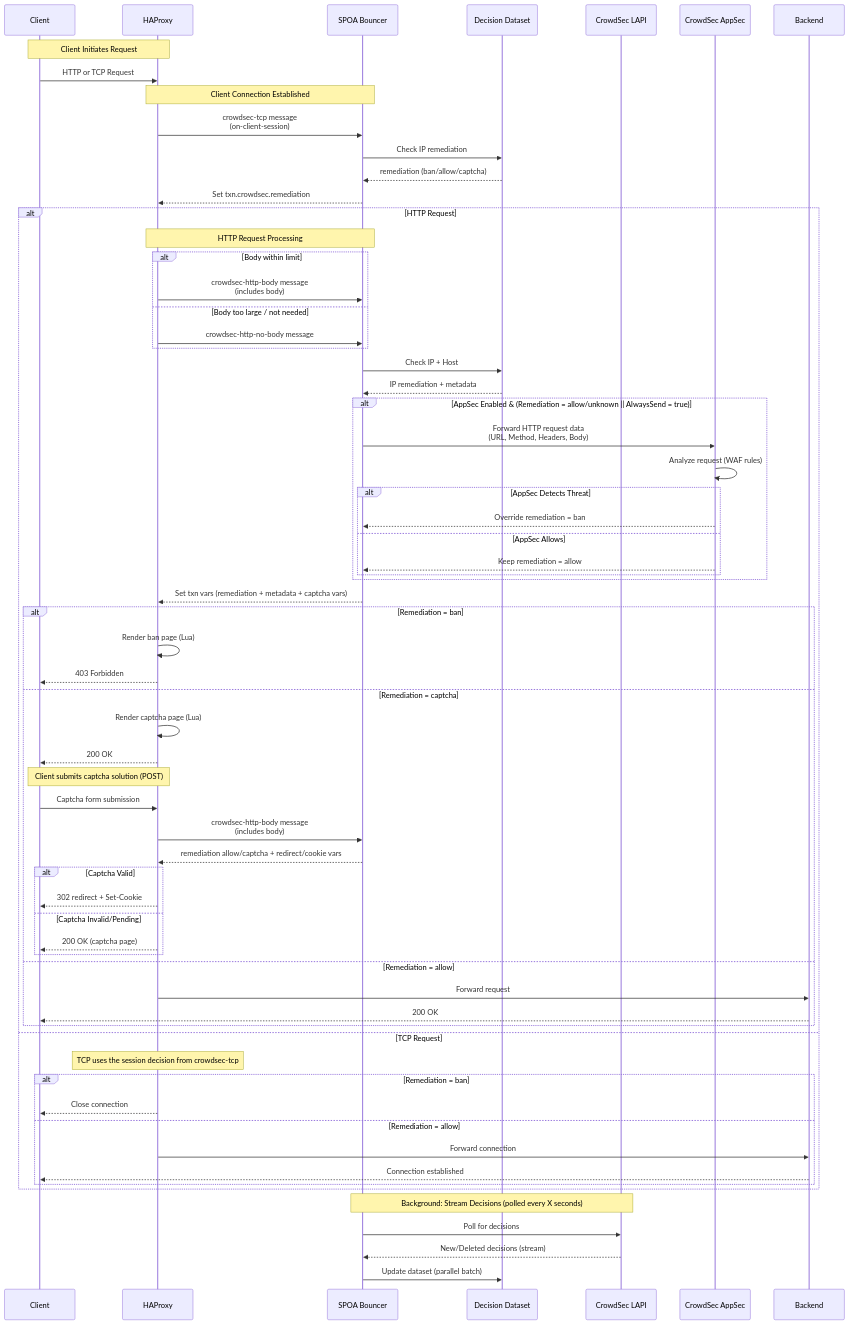
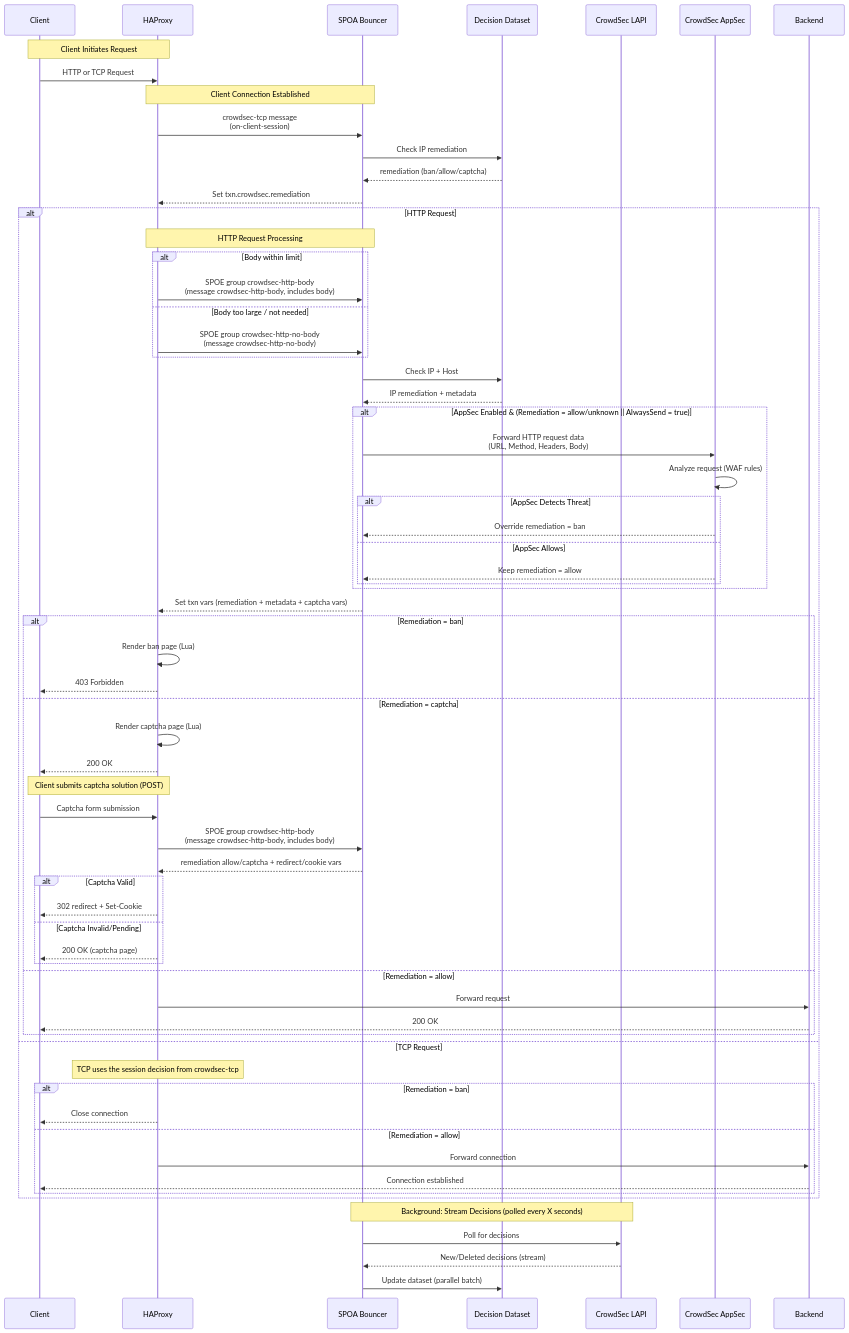
Before and after one commit to crowdsecurity/cs-haproxy-spoa-bouncer: the seventh of 7 diagrams in README.md, drawn with Mermaid. The commit also changed other lines of this file, not shown here.

Commit message:
docs: clarify SPOE groups in flow

````diff
--- a/README.md
+++ b/README.md
@@ -201,77 +202,77 @@
 ```mermaid
 sequenceDiagram
     participant Client
     participant HAProxy
     participant SPOA as SPOA Bouncer
     participant Dataset as Decision Dataset
     participant CrowdSec as CrowdSec LAPI
     participant AppSec as CrowdSec AppSec
     participant Backend
 
     Note over Client,HAProxy: Client Initiates Request
     Client->>HAProxy: HTTP or TCP Request
     
     Note over HAProxy,SPOA: Client Connection Established
     HAProxy->>SPOA: crowdsec-tcp message<br/>(on-client-session)
     SPOA->>Dataset: Check IP remediation
     Dataset-->>SPOA: remediation (ban/allow/captcha)
     SPOA-->>HAProxy: Set txn.crowdsec.remediation
     
     alt HTTP Request
         Note over HAProxy,SPOA: HTTP Request Processing
         alt Body within limit
-            HAProxy->>SPOA: crowdsec-http-body message<br/>(includes body)
+            HAProxy->>SPOA: SPOE group crowdsec-http-body<br/>(message crowdsec-http-body, includes body)
         else Body too large / not needed
-            HAProxy->>SPOA: crowdsec-http-no-body message
+            HAProxy->>SPOA: SPOE group crowdsec-http-no-body<br/>(message crowdsec-http-no-body)
         end
         SPOA->>Dataset: Check IP + Host
         Dataset-->>SPOA: IP remediation + metadata
         
         alt AppSec Enabled & (Remediation = allow/unknown || AlwaysSend = true)
             SPOA->>AppSec: Forward HTTP request data<br/>(URL, Method, Headers, Body)
             AppSec->>AppSec: Analyze request (WAF rules)
             alt AppSec Detects Threat
                 AppSec-->>SPOA: Override remediation = ban
             else AppSec Allows
                 AppSec-->>SPOA: Keep remediation = allow
             end
         end
         
         SPOA-->>HAProxy: Set txn vars (remediation + metadata + captcha vars)
         
         alt Remediation = ban
             HAProxy->>HAProxy: Render ban page (Lua)
             HAProxy-->>Client: 403 Forbidden
         else Remediation = captcha
             HAProxy->>HAProxy: Render captcha page (Lua)
             HAProxy-->>Client: 200 OK
 
             Note over Client,HAProxy: Client submits captcha solution (POST)
             Client->>HAProxy: Captcha form submission
-            HAProxy->>SPOA: crowdsec-http-body message<br/>(includes body)
+            HAProxy->>SPOA: SPOE group crowdsec-http-body<br/>(message crowdsec-http-body, includes body)
             SPOA-->>HAProxy: remediation allow/captcha + redirect/cookie vars
 
             alt Captcha Valid
                 HAProxy-->>Client: 302 redirect + Set-Cookie
             else Captcha Invalid/Pending
                 HAProxy-->>Client: 200 OK (captcha page)
             end
         else Remediation = allow
             HAProxy->>Backend: Forward request
             Backend-->>Client: 200 OK
         end
     else TCP Request
         Note over HAProxy: TCP uses the session decision from crowdsec-tcp
         alt Remediation = ban
             HAProxy-->>Client: Close connection
         else Remediation = allow
             HAProxy->>Backend: Forward connection
             Backend-->>Client: Connection established
         end
     end
     
     Note over SPOA,CrowdSec: Background: Stream Decisions (polled every X seconds)
     SPOA->>CrowdSec: Poll for decisions
     CrowdSec-->>SPOA: New/Deleted decisions (stream)
     SPOA->>Dataset: Update dataset (parallel batch)
 ```
````
